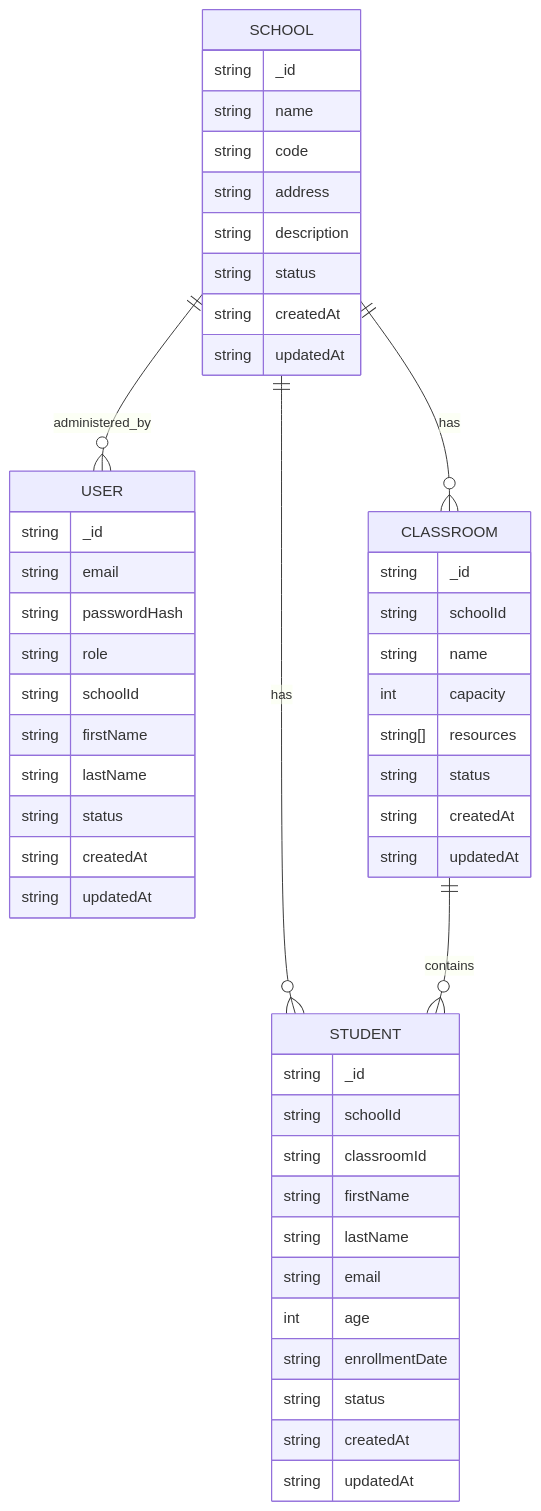
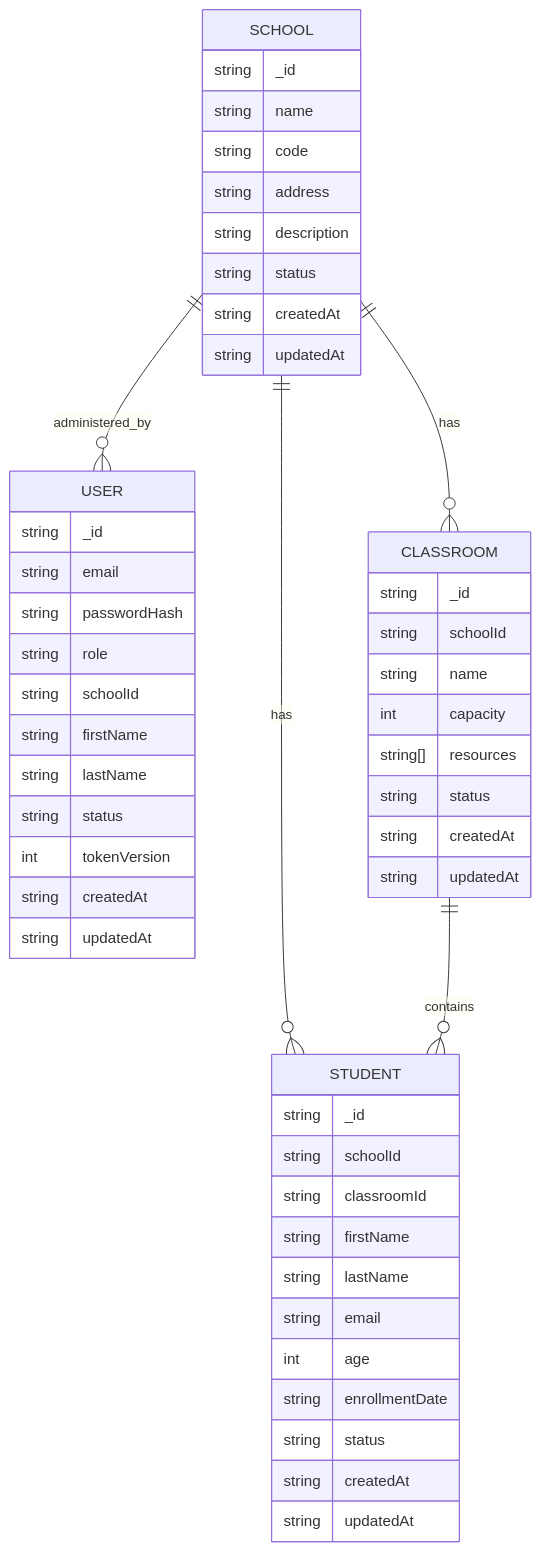
The second of 2 diagrams in README.md (neltoby/axion), drawn with Mermaid before and after one commit. The commit also changed other lines of this file and 30 other files, not shown here.

````diff
--- a/README.md
+++ b/README.md
@@ -46,56 +78,57 @@
 ```mermaid
 erDiagram
   USER {
     string _id
     string email
     string passwordHash
     string role
     string schoolId
     string firstName
     string lastName
     string status
+    int tokenVersion
     string createdAt
     string updatedAt
   }
 
   SCHOOL {
     string _id
     string name
     string code
     string address
     string description
     string status
     string createdAt
     string updatedAt
   }
 
   CLASSROOM {
     string _id
     string schoolId
     string name
     int capacity
     string[] resources
     string status
     string createdAt
     string updatedAt
   }
 
   STUDENT {
     string _id
     string schoolId
     string classroomId
     string firstName
     string lastName
     string email
     int age
     string enrollmentDate
     string status
     string createdAt
     string updatedAt
   }
 
   SCHOOL ||--o{ CLASSROOM : has
   SCHOOL ||--o{ STUDENT : has
   CLASSROOM ||--o{ STUDENT : contains
   SCHOOL ||--o{ USER : administered_by
 ```
````
